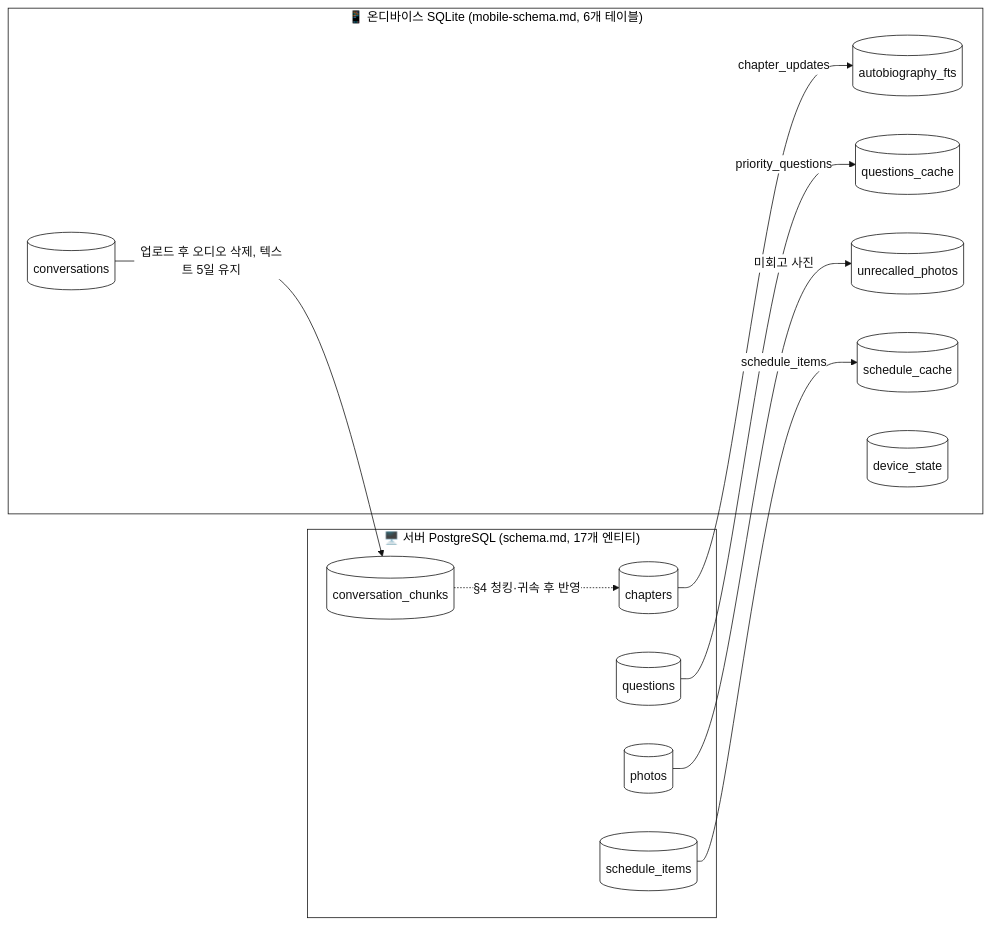
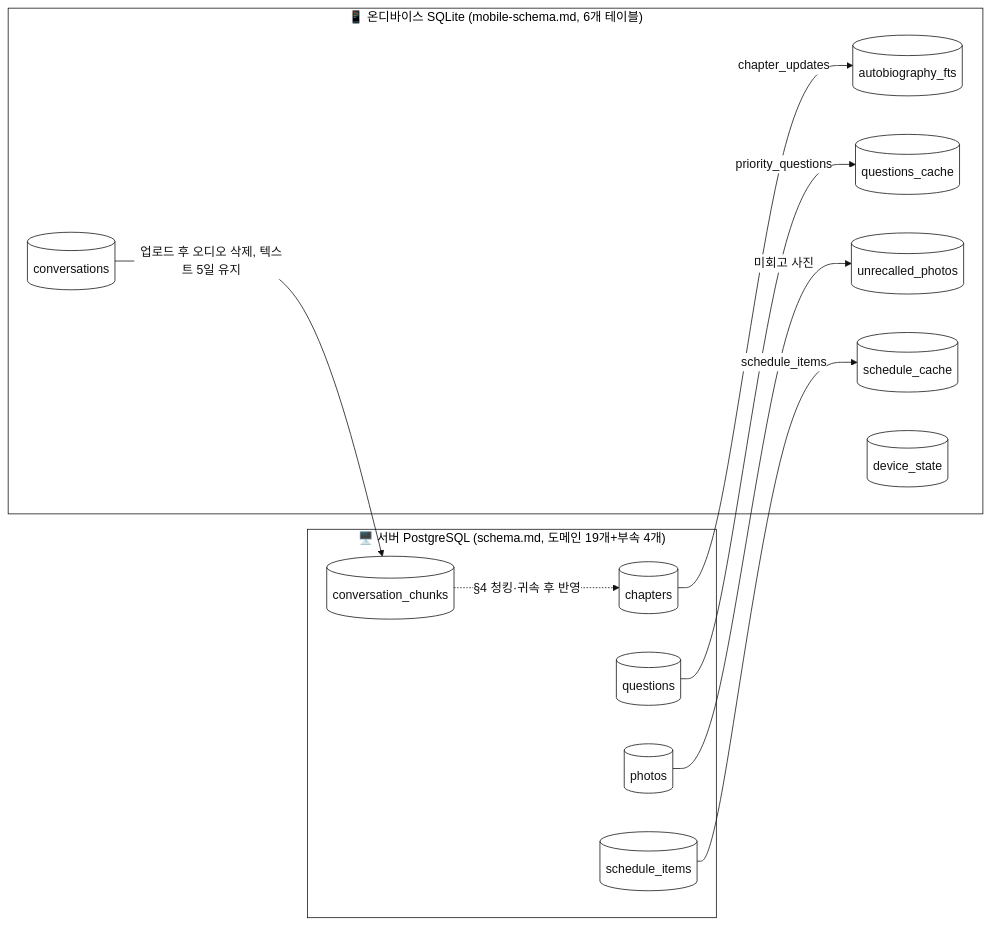
Diagram 19 of 23 in docs/02-design/workflow-diagrams.md (boheni07/SilverYarn), drawn with Mermaid before and after one commit. The commit also changed other lines of this file and 9 other files, not shown here.

````diff
--- a/docs/02-design/workflow-diagrams.md
+++ b/docs/02-design/workflow-diagrams.md
@@ -552,16 +552,16 @@
 ```mermaid
 %%{init: {'theme':'base', 'themeVariables': {'primaryColor':'#ffffff','primaryTextColor':'#111111','primaryBorderColor':'#111111','lineColor':'#111111','background':'#ffffff','mainBkg':'#ffffff','textColor':'#111111','clusterBkg':'#ffffff','clusterBorder':'#111111','edgeLabelBackground':'#ffffff'}}}%%
 flowchart LR
-    subgraph SRV["🖥️ 서버 PostgreSQL (schema.md, 17개 엔티티)"]
+    subgraph SRV["🖥️ 서버 PostgreSQL (schema.md, 도메인 19개+부속 4개)"]
         sc[("chapters")]; sp[("photos")]; sq[("questions")]; ss[("schedule_items")]; scc[("conversation_chunks")]
     end
     subgraph MOB["📱 온디바이스 SQLite (mobile-schema.md, 6개 테이블)"]
         mc[("autobiography_fts")]; mq[("questions_cache")]; mp[("unrecalled_photos")]; ms[("schedule_cache")]; mv[("conversations")]; md[("device_state")]
     end
     sc -->|"chapter_updates"| mc
     sq -->|"priority_questions"| mq
     sp -->|"미회고 사진"| mp
     ss -->|"schedule_items"| ms
     mv -->|"업로드 후 오디오 삭제, 텍스트 5일 유지"| scc
     scc -.->|"§4 청킹·귀속 후 반영"| sc
 ```
````
